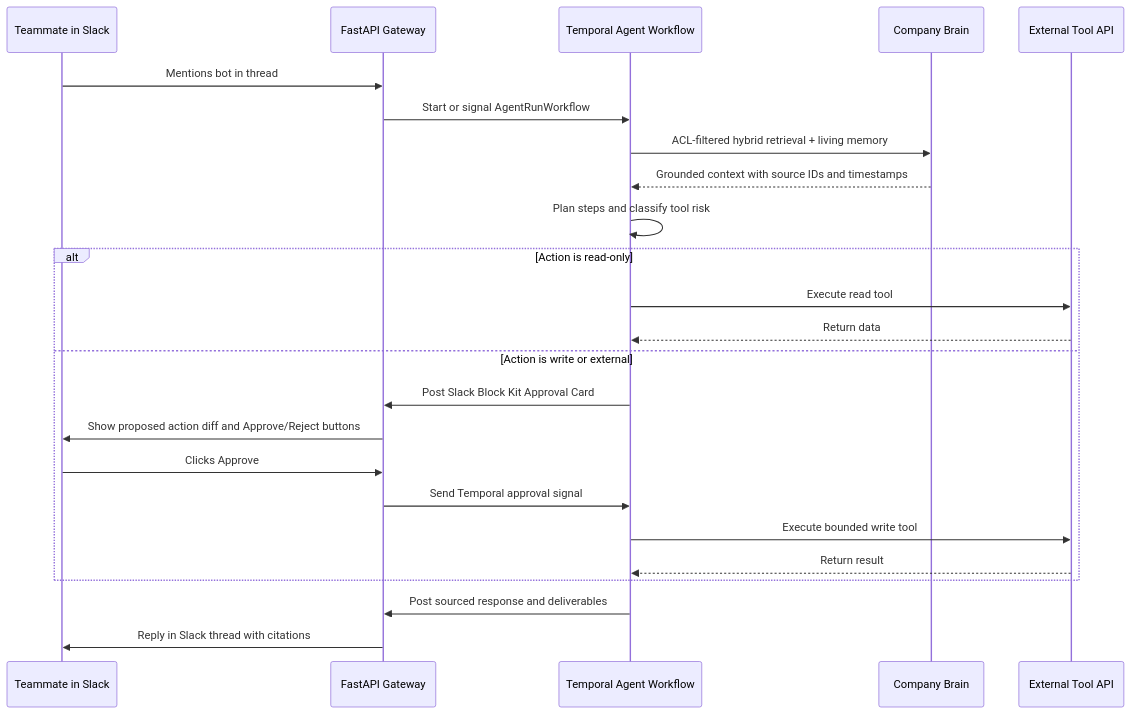
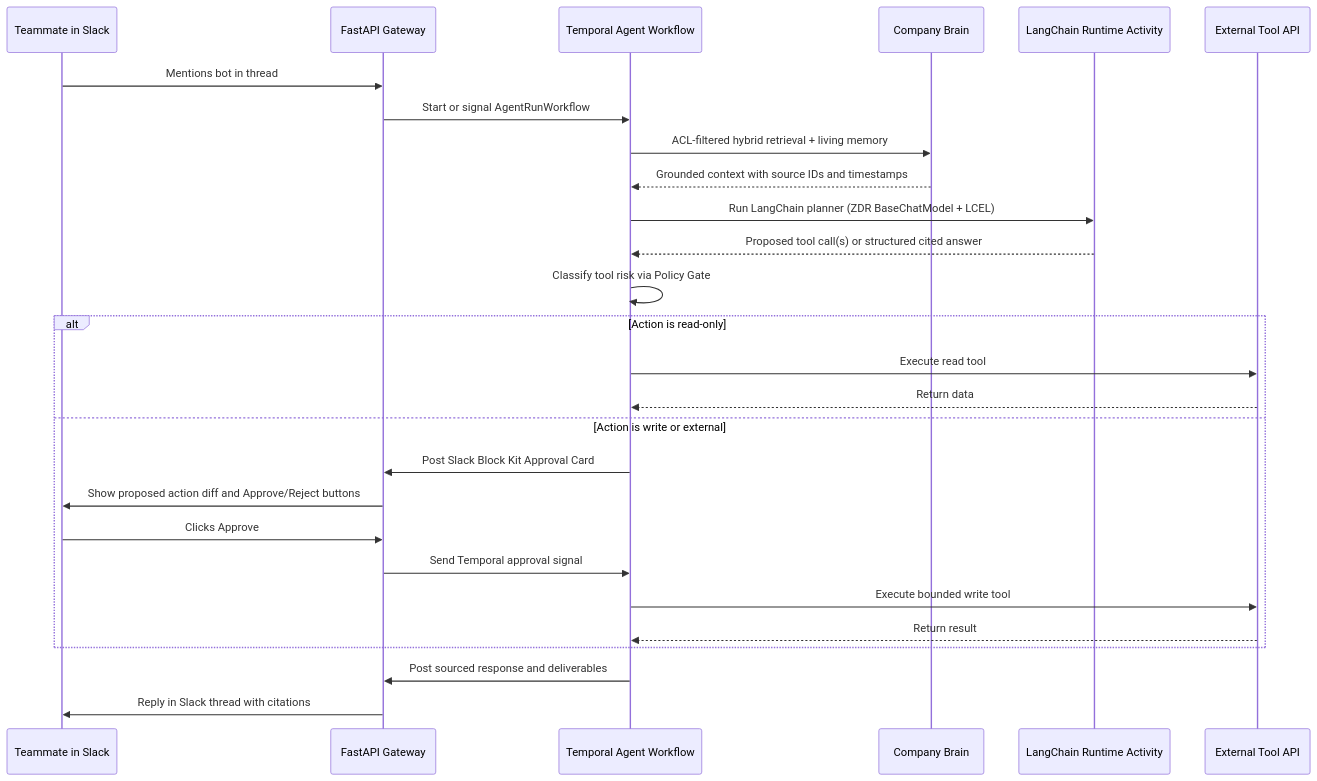
The second of 2 diagrams in .cursor/plans/company-brain-saas-plan.md (raghulchandramouli/ceo), drawn with Mermaid before and after one commit. The commit also changed other lines of this file and 10 other files, not shown here.

First line of the commit message:
Record LangChain as the agent runtime and lock the import layers.

````diff
--- a/.cursor/plans/company-brain-saas-plan.md
+++ b/.cursor/plans/company-brain-saas-plan.md
@@ -97,27 +97,30 @@
 ```mermaid
 sequenceDiagram
   participant User as Teammate in Slack
   participant API as FastAPI Gateway
   participant WF as Temporal Agent Workflow
   participant Brain as Company Brain
+  participant LC as LangChain Runtime Activity
   participant Tool as External Tool API
 
   User->>API: Mentions bot in thread
   API->>WF: Start or signal AgentRunWorkflow
   WF->>Brain: ACL-filtered hybrid retrieval + living memory
   Brain-->>WF: Grounded context with source IDs and timestamps
-  WF->>WF: Plan steps and classify tool risk
+  WF->>LC: Run LangChain planner (ZDR BaseChatModel + LCEL)
+  LC-->>WF: Proposed tool call(s) or structured cited answer
+  WF->>WF: Classify tool risk via Policy Gate
   alt Action is read-only
     WF->>Tool: Execute read tool
     Tool-->>WF: Return data
   else Action is write or external
     WF->>API: Post Slack Block Kit Approval Card
     API->>User: Show proposed action diff and Approve/Reject buttons
     User->>API: Clicks Approve
     API->>WF: Send Temporal approval signal
     WF->>Tool: Execute bounded write tool
     Tool-->>WF: Return result
   end
   WF->>API: Post sourced response and deliverables
   API->>User: Reply in Slack thread with citations
 ```
````
